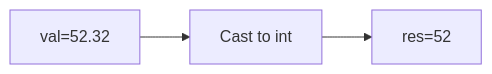
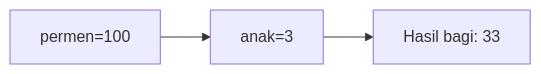
The eighth of 25 diagrams in part-c-pemahaman-cpp/01-tipe-data/latihan/set-10.md (amnahwaida/OSNK_INF_PREP), drawn with Mermaid before and after one commit. The commit also changed other lines of this file and 71 other files, not shown here.

````diff
--- a/part-c-pemahaman-cpp/01-tipe-data/latihan/set-10.md
+++ b/part-c-pemahaman-cpp/01-tipe-data/latihan/set-10.md
@@ -269,5 +221,5 @@
 ```mermaid
 graph LR
-A["val=52.32"] --> B["Cast to int"]
-B --> C["res=52"]
+A["permen=100"] --> B["anak=3"]
+B --> C["Hasil bagi: 33"]
 ```
````
